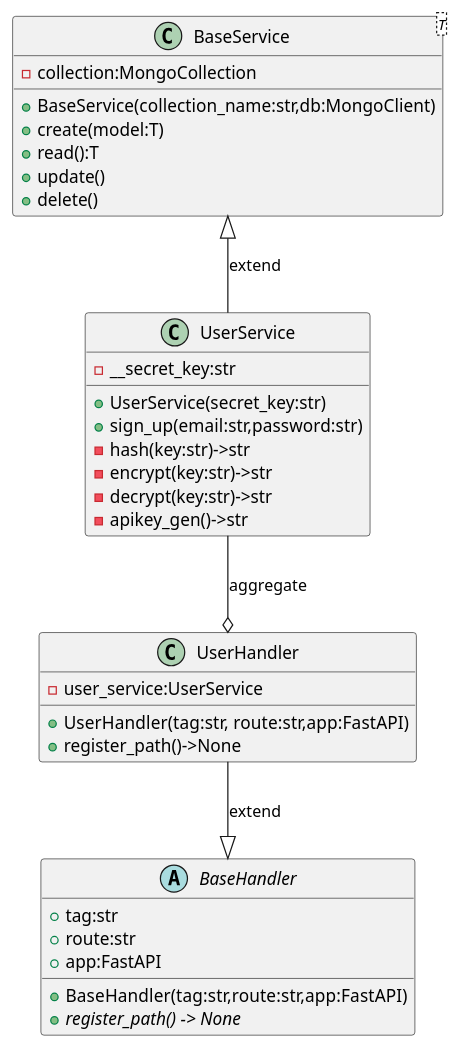
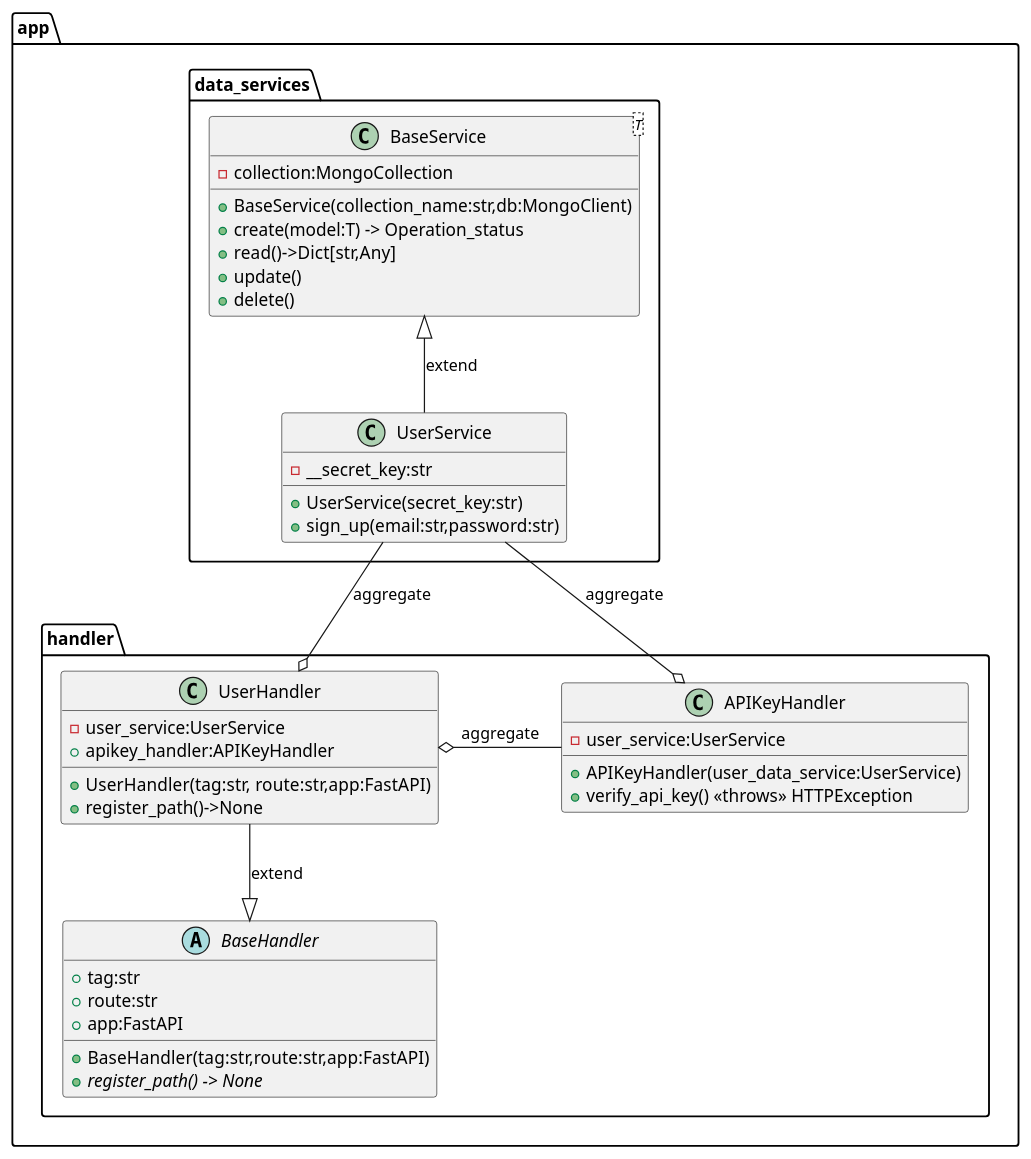
One commit to fbcharles747/Capstone_PV_API changed the diagram in design.puml. Above: the diagram before and after it, drawn with PlantUML. The commit also changed 7 other files, not shown here.

```diff
--- a/design.puml
+++ b/design.puml
@@ -1,41 +1,55 @@
 @startuml "BaseService diagram"
 
-class BaseService <T> {
-    - collection:MongoCollection
-    + BaseService(collection_name:str,db:MongoClient)
-    + create(model:T)
-    + read():T
-    + update()
-    + delete()
+package app.data_services{
+    class BaseService <T> {
+        - collection:MongoCollection
+        + BaseService(collection_name:str,db:MongoClient)
+        + create(model:T) -> Operation_status
+        + read()->Dict[str,Any]
+        + update()
+        + delete()
+    }
+
+    class UserService{
+        - __secret_key:str
+        + UserService(secret_key:str)
+        + sign_up(email:str,password:str)
+    }
 }
 
-class UserService{
-    - __secret_key:str
-    + UserService(secret_key:str)
-    + sign_up(email:str,password:str)
-    - hash(key:str)->str
-    - encrypt(key:str)->str
-    - decrypt(key:str)->str
-    - apikey_gen()->str
+
+package app.handler{
+
+    abstract class BaseHandler{
+        + tag:str
+        + route:str
+        + app:FastAPI
+
+        + BaseHandler(tag:str,route:str,app:FastAPI)
+        + {abstract} register_path() -> None
+    }
+
+    class UserHandler{
+        - user_service:UserService
+        + apikey_handler:APIKeyHandler
+        + UserHandler(tag:str, route:str,app:FastAPI)
+        + register_path()->None
+    }
+
+
+    class APIKeyHandler{
+        - user_service:UserService
+        + APIKeyHandler(user_data_service:UserService)
+        + verify_api_key() <<throws>> HTTPException
+    }
 }
 
-abstract class BaseHandler{
-    + tag:str
-    + route:str
-    + app:FastAPI
-
-    + BaseHandler(tag:str,route:str,app:FastAPI)
-    + {abstract} register_path() -> None
-}
-
-class UserHandler{
-    - user_service:UserService
-    + UserHandler(tag:str, route:str,app:FastAPI)
-    + register_path()->None
-}
 
 BaseService <|-- UserService: extend
 UserHandler --|> BaseHandler: extend
+UserHandler o-right- APIKeyHandler:aggregate
 UserService --o UserHandler:aggregate
+UserService --o APIKeyHandler: aggregate
+
 
 @enduml
```
